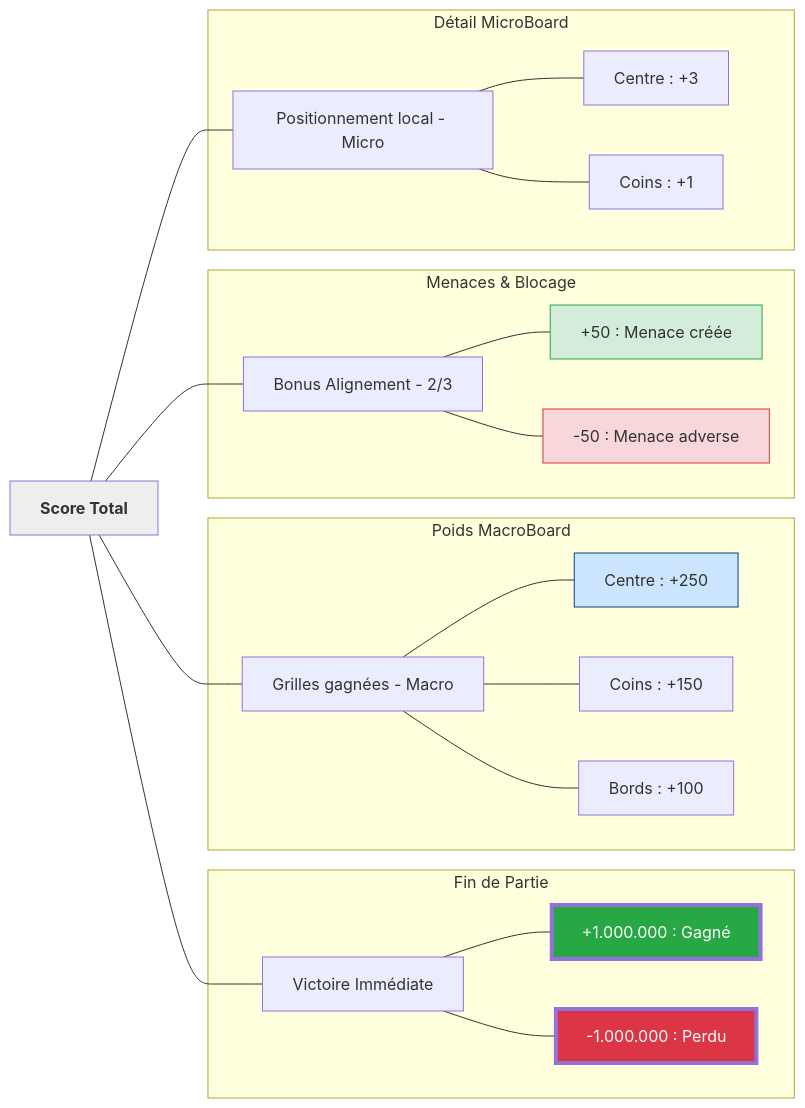
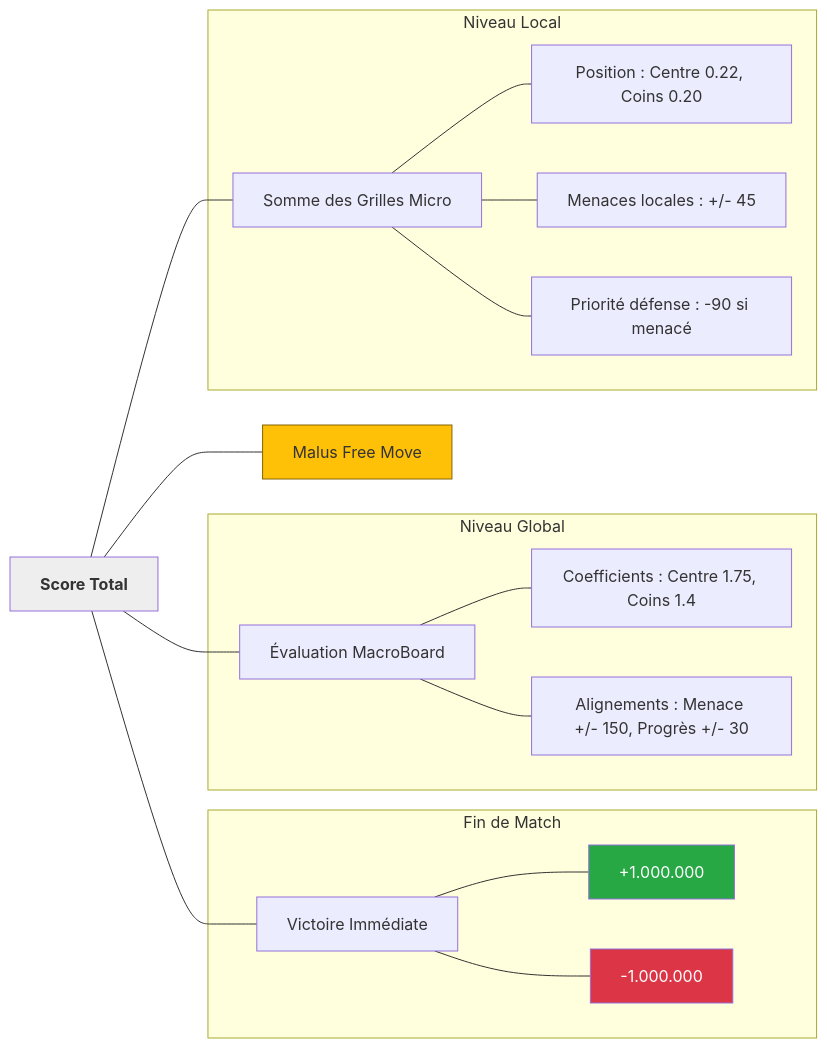
One commit to Theophile138/Ultimate-tic-tac-toe changed the diagram in evaluation_logic.mmd. Above: the diagram before and after it, drawn with Mermaid. The commit also changed 5 other files, not shown here.

```diff
--- a/evaluation_logic.mmd
+++ b/evaluation_logic.mmd
@@ -1,33 +1,26 @@
 graph LR
     Score[Score Total] --- WinCheck[Victoire Immédiate]
-    Score --- MacroWins[Grilles gagnées - Macro]
-    Score --- AlignBonus[Bonus Alignement - 2/3]
-    Score --- Position[Positionnement local - Micro]
+    Score --- MacroEval[Évaluation MacroBoard]
+    Score --- MicroEval[Somme des Grilles Micro]
+    Score --- FreeMove[Malus Free Move]
     
-    subgraph Termination [Fin de Partie]
-        WinCheck --- Win[+1.000.000 : Gagné]
-        WinCheck --- Loss[-1.000.000 : Perdu]
+    subgraph Termination [Fin de Match]
+        WinCheck --- Win[+1.000.000]
+        WinCheck --- Loss[-1.000.000]
     end
 
-    subgraph MacroWeights [Poids MacroBoard]
-        MacroWins --- Center[Centre : +250]
-        MacroWins --- Corners[Coins : +150]
-        MacroWins --- Edges[Bords : +100]
+    subgraph MacroBoard [Niveau Global]
+        MacroEval --- MacroWeight[Coefficients : Centre 1.75, Coins 1.4]
+        MacroEval --- MacroProgress[Alignements : Menace +/- 150, Progrès +/- 30]
     end
     
-    subgraph Threat [Menaces & Blocage]
-        AlignBonus --- Attack[+50 : Menace créée]
-        AlignBonus --- Defense[-50 : Menace adverse]
+    subgraph MicroBoards [Niveau Local]
+        MicroEval --- LocalWeights[Position : Centre 0.22, Coins 0.20]
+        MicroEval --- LocalThreats[Menaces locales : +/- 45]
+        MicroEval --- LocalDefense[Priorité défense : -90 si menacé]
     end
     
-    subgraph MicroBoard [Détail MicroBoard]
-        Position --- MicroCenter[Centre : +3]
-        Position --- MicroCorners[Coins : +1]
-    end
-    
-    style Win fill:#28a745,color:#fff,stroke-width:4px
-    style Loss fill:#dc3545,color:#fff,stroke-width:4px
-    style Center fill:#cce5ff,stroke:#004085
-    style Attack fill:#d4edda,stroke:#28a745
-    style Defense fill:#f8d7da,stroke:#dc3545
+    style Win fill:#28a745,color:#fff
+    style Loss fill:#dc3545,color:#fff
+    style FreeMove fill:#ffc107,stroke:#856404
     style Score font-weight:bold,fill:#eee
```
